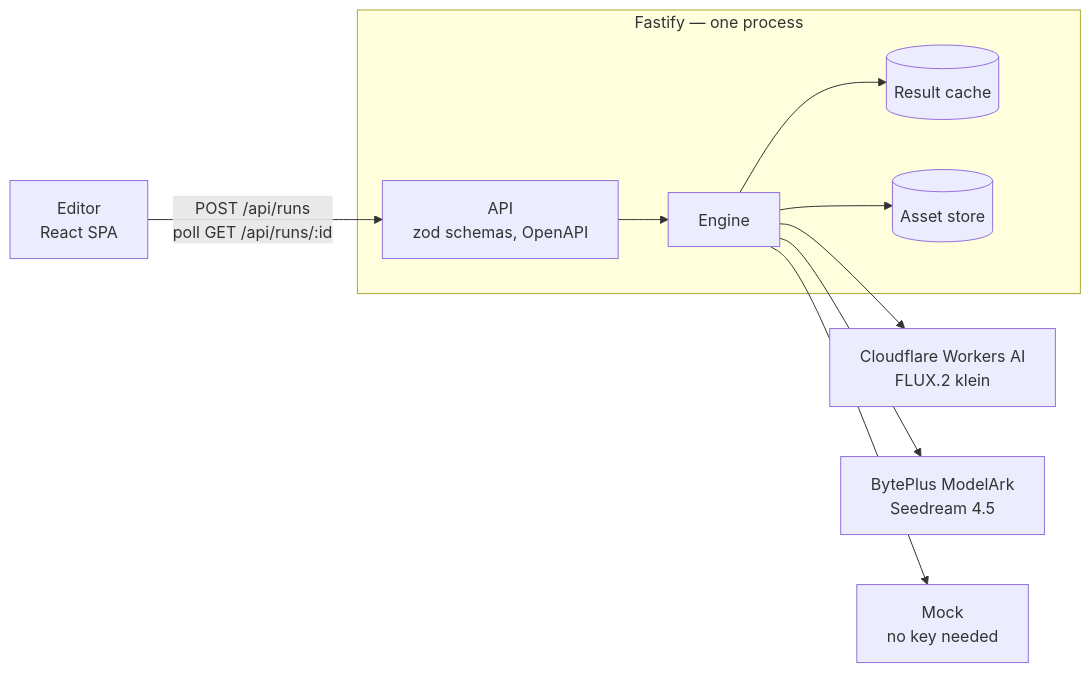
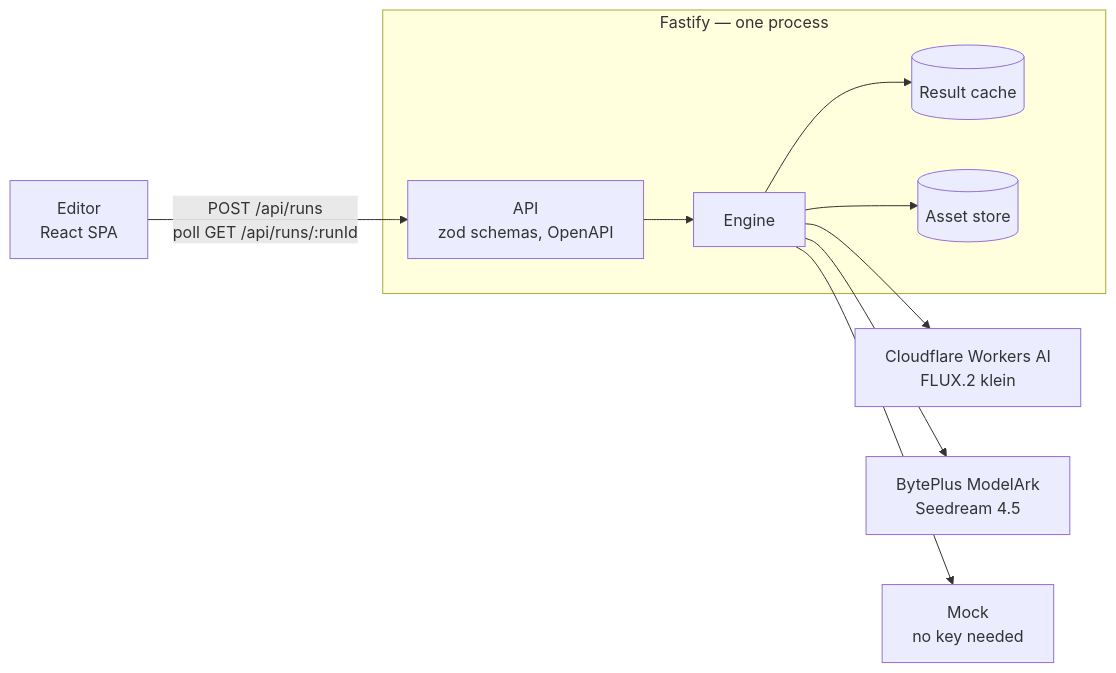
The diagram in README.md (aderiushev/trafaret), drawn with Mermaid before and after one commit.

Commit message:
docs: name the run id the way the API does

````diff
--- a/README.md
+++ b/README.md
@@ -53,12 +53,12 @@
 ```mermaid
 flowchart LR
-  editor["Editor<br/>React SPA"] -- "POST /api/runs<br/>poll GET /api/runs/:id" --> api
+  editor["Editor<br/>React SPA"] -- "POST /api/runs<br/>poll GET /api/runs/:runId" --> api
   subgraph server["Fastify — one process"]
     api["API<br/>zod schemas, OpenAPI"] --> engine["Engine"]
     engine --> cache[("Result cache")]
     engine --> assets[("Asset store")]
   end
   engine --> cloudflare["Cloudflare Workers AI<br/>FLUX.2 klein"]
   engine --> byteplus["BytePlus ModelArk<br/>Seedream 4.5"]
   engine --> mock["Mock<br/>no key needed"]
 ```
````
